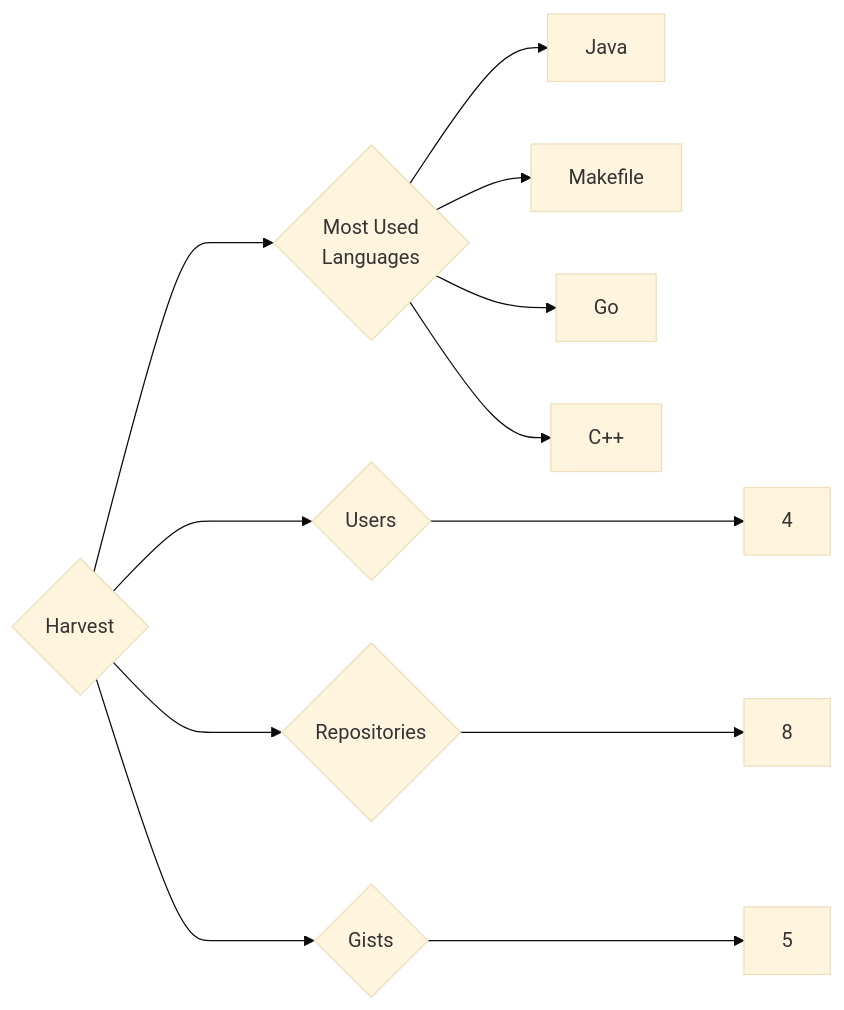
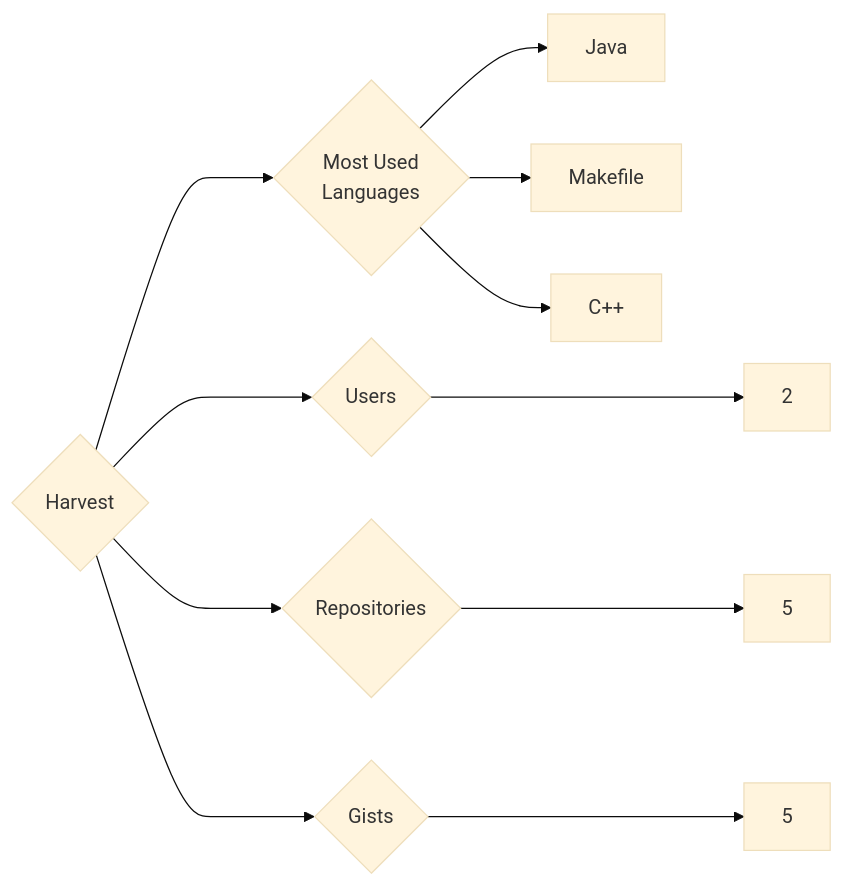
Before and after one commit to trickest/insiders: the diagram in targets/Harvest/README.md, drawn with Mermaid (base theme). The commit also changed 777 other files, not shown here.

````diff
--- a/targets/Harvest/README.md
+++ b/targets/Harvest/README.md
@@ -3,12 +3,11 @@
 ```mermaid
 graph LR
 COMPANY_NAME{Harvest}
-COMPANY_NAME ---> U{Users} ---> UN[4]
-COMPANY_NAME ---> R{Repositories} ---> RN[8]
+COMPANY_NAME ---> U{Users} ---> UN[2]
+COMPANY_NAME ---> R{Repositories} ---> RN[5]
 COMPANY_NAME ---> G{Gists} ---> GN[5]
 COMPANY_NAME ---> ML{Most Used<br>Languages}
 ML --> Java[Java]
 ML --> Makefile[Makefile]
-ML --> Go[Go]
 ML --> C++[C++]
 ```
````
